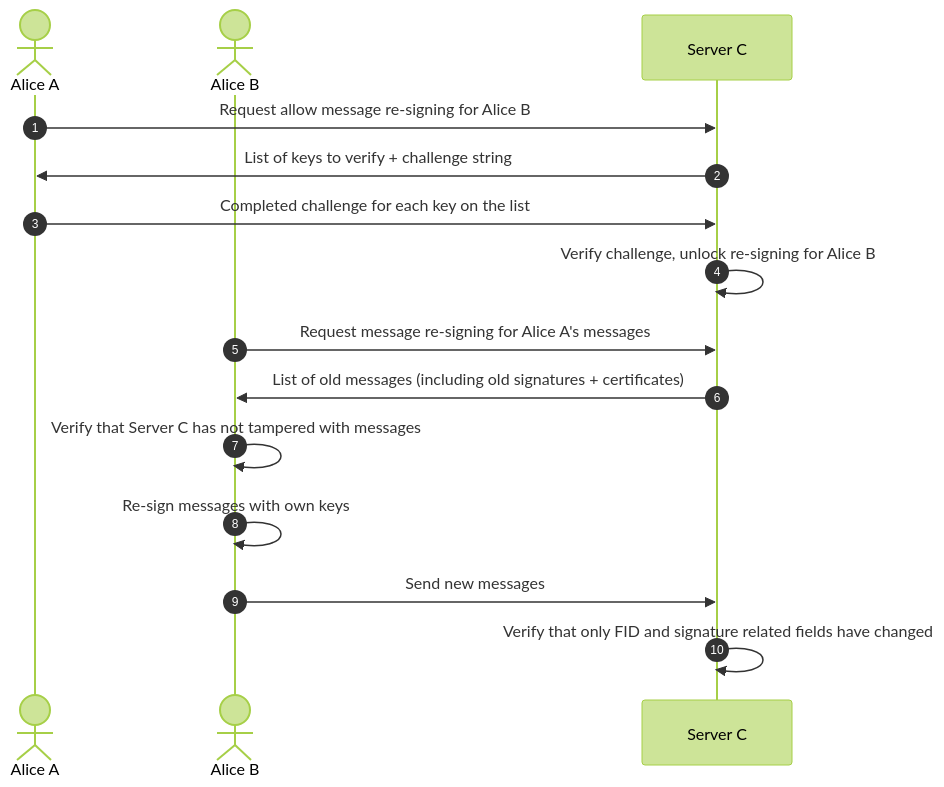
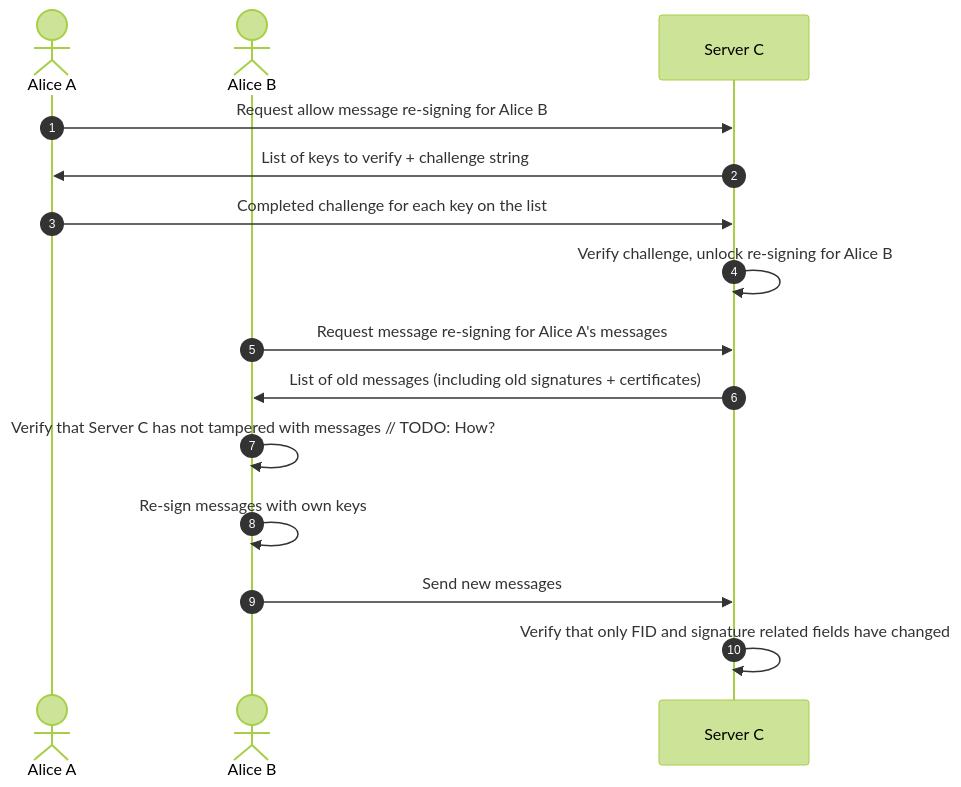
The seventh of 9 diagrams in docs/Protocol Specifications/core.md (polyphony-chat/docs), drawn with Mermaid (forest theme) before and after one commit. The commit also changed other lines of this file, not shown here.

````diff
--- a/docs/Protocol Specifications/core.md
+++ b/docs/Protocol Specifications/core.md
@@ -915,19 +867,19 @@
 ```mermaid
 sequenceDiagram
 autonumber
 
 actor aa as Alice A
 actor ab as Alice B
 participant sc as Server C
 
 aa->>sc: Request allow message re-signing for Alice B
 sc->>aa: List of keys to verify + challenge string
 aa->>sc: Completed challenge for each key on the list
 sc->>sc: Verify challenge, unlock re-signing for Alice B
 ab->>sc: Request message re-signing for Alice A's messages
 sc->>ab: List of old messages (including old signatures + certificates)
-ab->>ab: Verify that Server C has not tampered with messages
+ab->>ab: Verify that Server C has not tampered with messages // TODO: How?
 ab->>ab: Re-sign messages with own keys
 ab->>sc: Send new messages
 sc->>sc: Verify that only FID and signature related fields have changed
 ```
````
